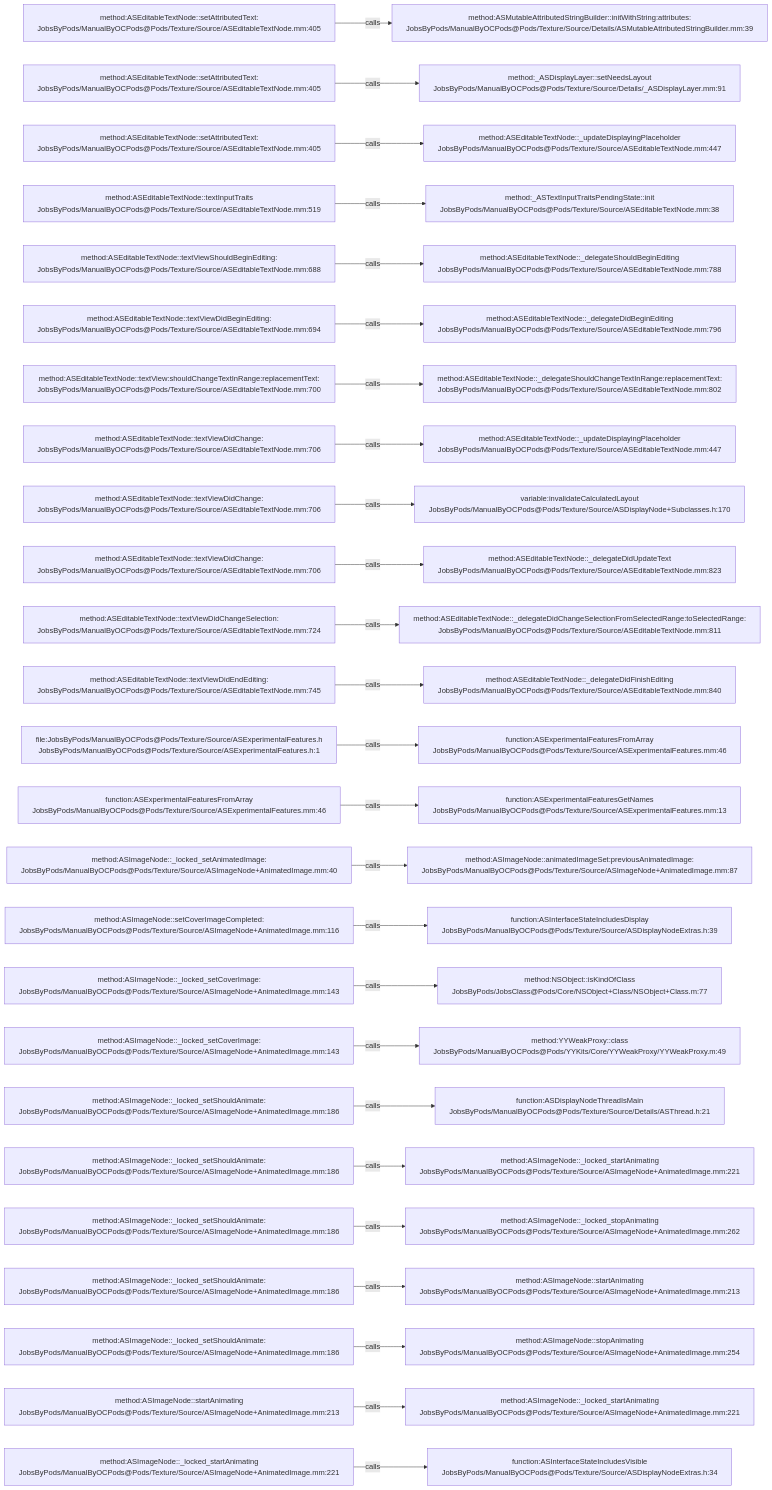
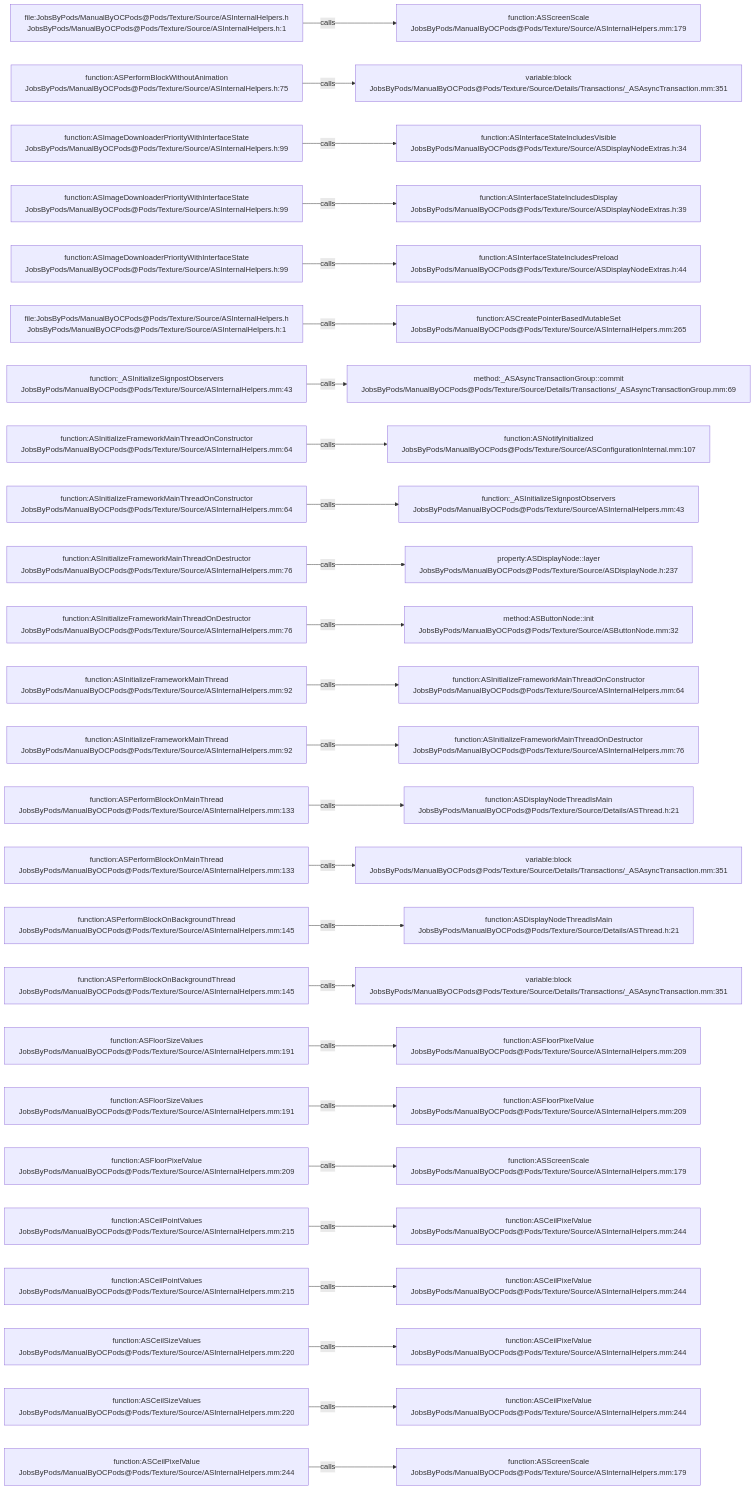
Before and after one commit to JobsKits/JobsOCBaseConfigDemo: the diagram in .codegraph/codegraph.md/graphs/calls-109.md, drawn with Mermaid. The commit also changed 1353 other files, not shown here.

````diff
--- a/.codegraph/codegraph.md/graphs/calls-109.md
+++ b/.codegraph/codegraph.md/graphs/calls-109.md
@@ -13,78 +13,78 @@
 ```mermaid
 flowchart LR
-  S1["method:ASEditableTextNode::setAttributedText:<br/>JobsByPods/ManualByOCPods@Pods/Texture/Source/ASEditableTextNode.mm:405"]
-  T1["method:ASMutableAttributedStringBuilder::initWithString:attributes:<br/>JobsByPods/ManualByOCPods@Pods/Texture/Source/Details/ASMutableAttributedStringBuilder.mm:39"]
+  S1["file:JobsByPods/ManualByOCPods@Pods/Texture/Source/ASInternalHelpers.h<br/>JobsByPods/ManualByOCPods@Pods/Texture/Source/ASInternalHelpers.h:1"]
+  T1["function:ASScreenScale<br/>JobsByPods/ManualByOCPods@Pods/Texture/Source/ASInternalHelpers.mm:179"]
   S1 -->|calls| T1
-  S2["method:ASEditableTextNode::setAttributedText:<br/>JobsByPods/ManualByOCPods@Pods/Texture/Source/ASEditableTextNode.mm:405"]
-  T2["method:_ASDisplayLayer::setNeedsLayout<br/>JobsByPods/ManualByOCPods@Pods/Texture/Source/Details/_ASDisplayLayer.mm:91"]
+  S2["function:ASPerformBlockWithoutAnimation<br/>JobsByPods/ManualByOCPods@Pods/Texture/Source/ASInternalHelpers.h:75"]
+  T2["variable:block<br/>JobsByPods/ManualByOCPods@Pods/Texture/Source/Details/Transactions/_ASAsyncTransaction.mm:351"]
   S2 -->|calls| T2
-  S3["method:ASEditableTextNode::setAttributedText:<br/>JobsByPods/ManualByOCPods@Pods/Texture/Source/ASEditableTextNode.mm:405"]
-  T3["method:ASEditableTextNode::_updateDisplayingPlaceholder<br/>JobsByPods/ManualByOCPods@Pods/Texture/Source/ASEditableTextNode.mm:447"]
+  S3["function:ASImageDownloaderPriorityWithInterfaceState<br/>JobsByPods/ManualByOCPods@Pods/Texture/Source/ASInternalHelpers.h:99"]
+  T3["function:ASInterfaceStateIncludesVisible<br/>JobsByPods/ManualByOCPods@Pods/Texture/Source/ASDisplayNodeExtras.h:34"]
   S3 -->|calls| T3
-  S4["method:ASEditableTextNode::textInputTraits<br/>JobsByPods/ManualByOCPods@Pods/Texture/Source/ASEditableTextNode.mm:519"]
-  T4["method:_ASTextInputTraitsPendingState::init<br/>JobsByPods/ManualByOCPods@Pods/Texture/Source/ASEditableTextNode.mm:38"]
+  S4["function:ASImageDownloaderPriorityWithInterfaceState<br/>JobsByPods/ManualByOCPods@Pods/Texture/Source/ASInternalHelpers.h:99"]
+  T4["function:ASInterfaceStateIncludesDisplay<br/>JobsByPods/ManualByOCPods@Pods/Texture/Source/ASDisplayNodeExtras.h:39"]
   S4 -->|calls| T4
-  S5["method:ASEditableTextNode::textViewShouldBeginEditing:<br/>JobsByPods/ManualByOCPods@Pods/Texture/Source/ASEditableTextNode.mm:688"]
-  T5["method:ASEditableTextNode::_delegateShouldBeginEditing<br/>JobsByPods/ManualByOCPods@Pods/Texture/Source/ASEditableTextNode.mm:788"]
+  S5["function:ASImageDownloaderPriorityWithInterfaceState<br/>JobsByPods/ManualByOCPods@Pods/Texture/Source/ASInternalHelpers.h:99"]
+  T5["function:ASInterfaceStateIncludesPreload<br/>JobsByPods/ManualByOCPods@Pods/Texture/Source/ASDisplayNodeExtras.h:44"]
   S5 -->|calls| T5
-  S6["method:ASEditableTextNode::textViewDidBeginEditing:<br/>JobsByPods/ManualByOCPods@Pods/Texture/Source/ASEditableTextNode.mm:694"]
-  T6["method:ASEditableTextNode::_delegateDidBeginEditing<br/>JobsByPods/ManualByOCPods@Pods/Texture/Source/ASEditableTextNode.mm:796"]
+  S6["file:JobsByPods/ManualByOCPods@Pods/Texture/Source/ASInternalHelpers.h<br/>JobsByPods/ManualByOCPods@Pods/Texture/Source/ASInternalHelpers.h:1"]
+  T6["function:ASCreatePointerBasedMutableSet<br/>JobsByPods/ManualByOCPods@Pods/Texture/Source/ASInternalHelpers.mm:265"]
   S6 -->|calls| T6
-  S7["method:ASEditableTextNode::textView:shouldChangeTextInRange:replacementText:<br/>JobsByPods/ManualByOCPods@Pods/Texture/Source/ASEditableTextNode.mm:700"]
-  T7["method:ASEditableTextNode::_delegateShouldChangeTextInRange:replacementText:<br/>JobsByPods/ManualByOCPods@Pods/Texture/Source/ASEditableTextNode.mm:802"]
+  S7["function:_ASInitializeSignpostObservers<br/>JobsByPods/ManualByOCPods@Pods/Texture/Source/ASInternalHelpers.mm:43"]
+  T7["method:_ASAsyncTransactionGroup::commit<br/>JobsByPods/ManualByOCPods@Pods/Texture/Source/Details/Transactions/_ASAsyncTransactionGroup.mm:69"]
   S7 -->|calls| T7
-  S8["method:ASEditableTextNode::textViewDidChange:<br/>JobsByPods/ManualByOCPods@Pods/Texture/Source/ASEditableTextNode.mm:706"]
-  T8["method:ASEditableTextNode::_updateDisplayingPlaceholder<br/>JobsByPods/ManualByOCPods@Pods/Texture/Source/ASEditableTextNode.mm:447"]
+  S8["function:ASInitializeFrameworkMainThreadOnConstructor<br/>JobsByPods/ManualByOCPods@Pods/Texture/Source/ASInternalHelpers.mm:64"]
+  T8["function:ASNotifyInitialized<br/>JobsByPods/ManualByOCPods@Pods/Texture/Source/ASConfigurationInternal.mm:107"]
   S8 -->|calls| T8
-  S9["method:ASEditableTextNode::textViewDidChange:<br/>JobsByPods/ManualByOCPods@Pods/Texture/Source/ASEditableTextNode.mm:706"]
-  T9["variable:invalidateCalculatedLayout<br/>JobsByPods/ManualByOCPods@Pods/Texture/Source/ASDisplayNode+Subclasses.h:170"]
+  S9["function:ASInitializeFrameworkMainThreadOnConstructor<br/>JobsByPods/ManualByOCPods@Pods/Texture/Source/ASInternalHelpers.mm:64"]
+  T9["function:_ASInitializeSignpostObservers<br/>JobsByPods/ManualByOCPods@Pods/Texture/Source/ASInternalHelpers.mm:43"]
   S9 -->|calls| T9
-  S10["method:ASEditableTextNode::textViewDidChange:<br/>JobsByPods/ManualByOCPods@Pods/Texture/Source/ASEditableTextNode.mm:706"]
-  T10["method:ASEditableTextNode::_delegateDidUpdateText<br/>JobsByPods/ManualByOCPods@Pods/Texture/Source/ASEditableTextNode.mm:823"]
+  S10["function:ASInitializeFrameworkMainThreadOnDestructor<br/>JobsByPods/ManualByOCPods@Pods/Texture/Source/ASInternalHelpers.mm:76"]
+  T10["property:ASDisplayNode::layer<br/>JobsByPods/ManualByOCPods@Pods/Texture/Source/ASDisplayNode.h:237"]
   S10 -->|calls| T10
-  S11["method:ASEditableTextNode::textViewDidChangeSelection:<br/>JobsByPods/ManualByOCPods@Pods/Texture/Source/ASEditableTextNode.mm:724"]
-  T11["method:ASEditableTextNode::_delegateDidChangeSelectionFromSelectedRange:toSelectedRange:<br/>JobsByPods/ManualByOCPods@Pods/Texture/Source/ASEditableTextNode.mm:811"]
+  S11["function:ASInitializeFrameworkMainThreadOnDestructor<br/>JobsByPods/ManualByOCPods@Pods/Texture/Source/ASInternalHelpers.mm:76"]
+  T11["method:ASButtonNode::init<br/>JobsByPods/ManualByOCPods@Pods/Texture/Source/ASButtonNode.mm:32"]
   S11 -->|calls| T11
-  S12["method:ASEditableTextNode::textViewDidEndEditing:<br/>JobsByPods/ManualByOCPods@Pods/Texture/Source/ASEditableTextNode.mm:745"]
-  T12["method:ASEditableTextNode::_delegateDidFinishEditing<br/>JobsByPods/ManualByOCPods@Pods/Texture/Source/ASEditableTextNode.mm:840"]
+  S12["function:ASInitializeFrameworkMainThread<br/>JobsByPods/ManualByOCPods@Pods/Texture/Source/ASInternalHelpers.mm:92"]
+  T12["function:ASInitializeFrameworkMainThreadOnConstructor<br/>JobsByPods/ManualByOCPods@Pods/Texture/Source/ASInternalHelpers.mm:64"]
   S12 -->|calls| T12
-  S13["file:JobsByPods/ManualByOCPods@Pods/Texture/Source/ASExperimentalFeatures.h<br/>JobsByPods/ManualByOCPods@Pods/Texture/Source/ASExperimentalFeatures.h:1"]
-  T13["function:ASExperimentalFeaturesFromArray<br/>JobsByPods/ManualByOCPods@Pods/Texture/Source/ASExperimentalFeatures.mm:46"]
+  S13["function:ASInitializeFrameworkMainThread<br/>JobsByPods/ManualByOCPods@Pods/Texture/Source/ASInternalHelpers.mm:92"]
+  T13["function:ASInitializeFrameworkMainThreadOnDestructor<br/>JobsByPods/ManualByOCPods@Pods/Texture/Source/ASInternalHelpers.mm:76"]
   S13 -->|calls| T13
-  S14["function:ASExperimentalFeaturesFromArray<br/>JobsByPods/ManualByOCPods@Pods/Texture/Source/ASExperimentalFeatures.mm:46"]
-  T14["function:ASExperimentalFeaturesGetNames<br/>JobsByPods/ManualByOCPods@Pods/Texture/Source/ASExperimentalFeatures.mm:13"]
+  S14["function:ASPerformBlockOnMainThread<br/>JobsByPods/ManualByOCPods@Pods/Texture/Source/ASInternalHelpers.mm:133"]
+  T14["function:ASDisplayNodeThreadIsMain<br/>JobsByPods/ManualByOCPods@Pods/Texture/Source/Details/ASThread.h:21"]
   S14 -->|calls| T14
-  S15["method:ASImageNode::_locked_setAnimatedImage:<br/>JobsByPods/ManualByOCPods@Pods/Texture/Source/ASImageNode+AnimatedImage.mm:40"]
-  T15["method:ASImageNode::animatedImageSet:previousAnimatedImage:<br/>JobsByPods/ManualByOCPods@Pods/Texture/Source/ASImageNode+AnimatedImage.mm:87"]
+  S15["function:ASPerformBlockOnMainThread<br/>JobsByPods/ManualByOCPods@Pods/Texture/Source/ASInternalHelpers.mm:133"]
+  T15["variable:block<br/>JobsByPods/ManualByOCPods@Pods/Texture/Source/Details/Transactions/_ASAsyncTransaction.mm:351"]
   S15 -->|calls| T15
-  S16["method:ASImageNode::setCoverImageCompleted:<br/>JobsByPods/ManualByOCPods@Pods/Texture/Source/ASImageNode+AnimatedImage.mm:116"]
-  T16["function:ASInterfaceStateIncludesDisplay<br/>JobsByPods/ManualByOCPods@Pods/Texture/Source/ASDisplayNodeExtras.h:39"]
+  S16["function:ASPerformBlockOnBackgroundThread<br/>JobsByPods/ManualByOCPods@Pods/Texture/Source/ASInternalHelpers.mm:145"]
+  T16["function:ASDisplayNodeThreadIsMain<br/>JobsByPods/ManualByOCPods@Pods/Texture/Source/Details/ASThread.h:21"]
   S16 -->|calls| T16
-  S17["method:ASImageNode::_locked_setCoverImage:<br/>JobsByPods/ManualByOCPods@Pods/Texture/Source/ASImageNode+AnimatedImage.mm:143"]
-  T17["method:NSObject::isKindOfClass<br/>JobsByPods/JobsClass@Pods/Core/NSObject+Class/NSObject+Class.m:77"]
+  S17["function:ASPerformBlockOnBackgroundThread<br/>JobsByPods/ManualByOCPods@Pods/Texture/Source/ASInternalHelpers.mm:145"]
+  T17["variable:block<br/>JobsByPods/ManualByOCPods@Pods/Texture/Source/Details/Transactions/_ASAsyncTransaction.mm:351"]
   S17 -->|calls| T17
-  S18["method:ASImageNode::_locked_setCoverImage:<br/>JobsByPods/ManualByOCPods@Pods/Texture/Source/ASImageNode+AnimatedImage.mm:143"]
-  T18["method:YYWeakProxy::class<br/>JobsByPods/ManualByOCPods@Pods/YYKits/Core/YYWeakProxy/YYWeakProxy.m:49"]
+  S18["function:ASFloorSizeValues<br/>JobsByPods/ManualByOCPods@Pods/Texture/Source/ASInternalHelpers.mm:191"]
+  T18["function:ASFloorPixelValue<br/>JobsByPods/ManualByOCPods@Pods/Texture/Source/ASInternalHelpers.mm:209"]
   S18 -->|calls| T18
-  S19["method:ASImageNode::_locked_setShouldAnimate:<br/>JobsByPods/ManualByOCPods@Pods/Texture/Source/ASImageNode+AnimatedImage.mm:186"]
-  T19["function:ASDisplayNodeThreadIsMain<br/>JobsByPods/ManualByOCPods@Pods/Texture/Source/Details/ASThread.h:21"]
+  S19["function:ASFloorSizeValues<br/>JobsByPods/ManualByOCPods@Pods/Texture/Source/ASInternalHelpers.mm:191"]
+  T19["function:ASFloorPixelValue<br/>JobsByPods/ManualByOCPods@Pods/Texture/Source/ASInternalHelpers.mm:209"]
   S19 -->|calls| T19
-  S20["method:ASImageNode::_locked_setShouldAnimate:<br/>JobsByPods/ManualByOCPods@Pods/Texture/Source/ASImageNode+AnimatedImage.mm:186"]
-  T20["method:ASImageNode::_locked_startAnimating<br/>JobsByPods/ManualByOCPods@Pods/Texture/Source/ASImageNode+AnimatedImage.mm:221"]
+  S20["function:ASFloorPixelValue<br/>JobsByPods/ManualByOCPods@Pods/Texture/Source/ASInternalHelpers.mm:209"]
+  T20["function:ASScreenScale<br/>JobsByPods/ManualByOCPods@Pods/Texture/Source/ASInternalHelpers.mm:179"]
   S20 -->|calls| T20
-  S21["method:ASImageNode::_locked_setShouldAnimate:<br/>JobsByPods/ManualByOCPods@Pods/Texture/Source/ASImageNode+AnimatedImage.mm:186"]
-  T21["method:ASImageNode::_locked_stopAnimating<br/>JobsByPods/ManualByOCPods@Pods/Texture/Source/ASImageNode+AnimatedImage.mm:262"]
+  S21["function:ASCeilPointValues<br/>JobsByPods/ManualByOCPods@Pods/Texture/Source/ASInternalHelpers.mm:215"]
+  T21["function:ASCeilPixelValue<br/>JobsByPods/ManualByOCPods@Pods/Texture/Source/ASInternalHelpers.mm:244"]
   S21 -->|calls| T21
-  S22["method:ASImageNode::_locked_setShouldAnimate:<br/>JobsByPods/ManualByOCPods@Pods/Texture/Source/ASImageNode+AnimatedImage.mm:186"]
-  T22["method:ASImageNode::startAnimating<br/>JobsByPods/ManualByOCPods@Pods/Texture/Source/ASImageNode+AnimatedImage.mm:213"]
+  S22["function:ASCeilPointValues<br/>JobsByPods/ManualByOCPods@Pods/Texture/Source/ASInternalHelpers.mm:215"]
+  T22["function:ASCeilPixelValue<br/>JobsByPods/ManualByOCPods@Pods/Texture/Source/ASInternalHelpers.mm:244"]
   S22 -->|calls| T22
-  S23["method:ASImageNode::_locked_setShouldAnimate:<br/>JobsByPods/ManualByOCPods@Pods/Texture/Source/ASImageNode+AnimatedImage.mm:186"]
-  T23["method:ASImageNode::stopAnimating<br/>JobsByPods/ManualByOCPods@Pods/Texture/Source/ASImageNode+AnimatedImage.mm:254"]
+  S23["function:ASCeilSizeValues<br/>JobsByPods/ManualByOCPods@Pods/Texture/Source/ASInternalHelpers.mm:220"]
+  T23["function:ASCeilPixelValue<br/>JobsByPods/ManualByOCPods@Pods/Texture/Source/ASInternalHelpers.mm:244"]
   S23 -->|calls| T23
-  S24["method:ASImageNode::startAnimating<br/>JobsByPods/ManualByOCPods@Pods/Texture/Source/ASImageNode+AnimatedImage.mm:213"]
-  T24["method:ASImageNode::_locked_startAnimating<br/>JobsByPods/ManualByOCPods@Pods/Texture/Source/ASImageNode+AnimatedImage.mm:221"]
+  S24["function:ASCeilSizeValues<br/>JobsByPods/ManualByOCPods@Pods/Texture/Source/ASInternalHelpers.mm:220"]
+  T24["function:ASCeilPixelValue<br/>JobsByPods/ManualByOCPods@Pods/Texture/Source/ASInternalHelpers.mm:244"]
   S24 -->|calls| T24
-  S25["method:ASImageNode::_locked_startAnimating<br/>JobsByPods/ManualByOCPods@Pods/Texture/Source/ASImageNode+AnimatedImage.mm:221"]
-  T25["function:ASInterfaceStateIncludesVisible<br/>JobsByPods/ManualByOCPods@Pods/Texture/Source/ASDisplayNodeExtras.h:34"]
+  S25["function:ASCeilPixelValue<br/>JobsByPods/ManualByOCPods@Pods/Texture/Source/ASInternalHelpers.mm:244"]
+  T25["function:ASScreenScale<br/>JobsByPods/ManualByOCPods@Pods/Texture/Source/ASInternalHelpers.mm:179"]
   S25 -->|calls| T25
 ```
````
